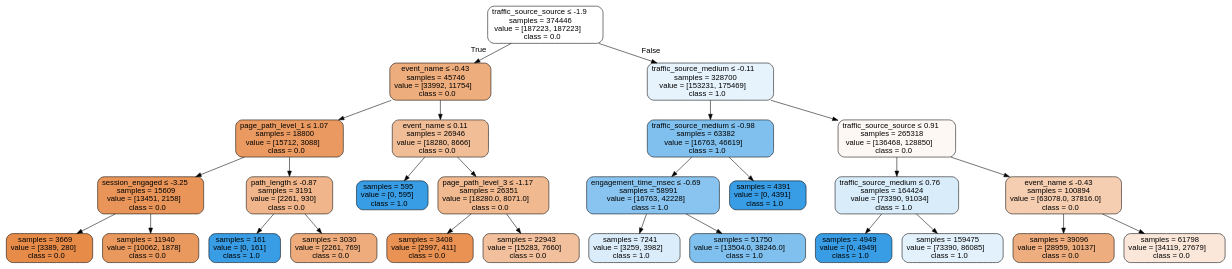
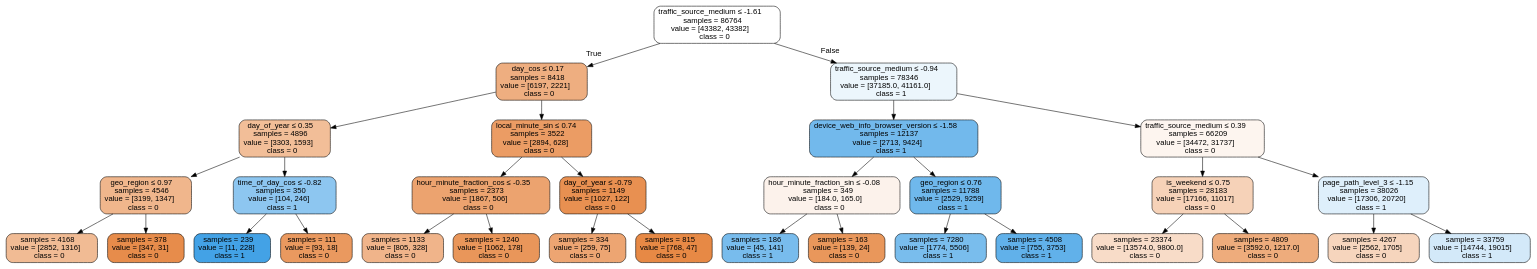
The diagram in notebooks/google_merch_store/images/df_merch_final_dt_recall_best_tree.dot (jvanalytics/ist_dash_2024_rec), drawn with Graphviz before and after one commit. The commit also changed 55 other files, not shown here.

```diff
--- a/notebooks/google_merch_store/images/df_merch_final_dt_recall_best_tree.dot
+++ b/notebooks/google_merch_store/images/df_merch_final_dt_recall_best_tree.dot
@@ -1,57 +1,65 @@
 digraph Tree {
 node [shape=box, style="filled, rounded", color="black", fontname="helvetica"] ;
 edge [fontname="helvetica"] ;
-0 [label=<traffic_source_source &le; -1.9<br/>samples = 374446<br/>value = [187223, 187223]<br/>class = 0.0>, fillcolor="#ffffff"] ;
-1 [label=<event_name &le; -0.43<br/>samples = 45746<br/>value = [33992, 11754]<br/>class = 0.0>, fillcolor="#eead7d"] ;
+0 [label=<traffic_source_medium &le; -1.61<br/>samples = 86764<br/>value = [43382, 43382]<br/>class = 0>, fillcolor="#ffffff"] ;
+1 [label=<day_cos &le; 0.17<br/>samples = 8418<br/>value = [6197, 2221]<br/>class = 0>, fillcolor="#eeae80"] ;
 0 -> 1 [labeldistance=2.5, labelangle=45, headlabel="True"] ;
-2 [label=<page_path_level_1 &le; 1.07<br/>samples = 18800<br/>value = [15712, 3088]<br/>class = 0.0>, fillcolor="#ea9a60"] ;
+2 [label=<day_of_year &le; 0.35<br/>samples = 4896<br/>value = [3303, 1593]<br/>class = 0>, fillcolor="#f2be98"] ;
 1 -> 2 ;
-3 [label=<session_engaged &le; -3.25<br/>samples = 15609<br/>value = [13451, 2158]<br/>class = 0.0>, fillcolor="#e99559"] ;
+3 [label=<geo_region &le; 0.97<br/>samples = 4546<br/>value = [3199, 1347]<br/>class = 0>, fillcolor="#f0b68c"] ;
 2 -> 3 ;
-4 [label=<samples = 3669<br/>value = [3389, 280]<br/>class = 0.0>, fillcolor="#e78b49"] ;
+4 [label=<samples = 4168<br/>value = [2852, 1316]<br/>class = 0>, fillcolor="#f1bb94"] ;
 3 -> 4 ;
-5 [label=<samples = 11940<br/>value = [10062, 1878]<br/>class = 0.0>, fillcolor="#ea995e"] ;
+5 [label=<samples = 378<br/>value = [347, 31]<br/>class = 0>, fillcolor="#e78c4b"] ;
 3 -> 5 ;
-6 [label=<path_length &le; -0.87<br/>samples = 3191<br/>value = [2261, 930]<br/>class = 0.0>, fillcolor="#f0b58a"] ;
+6 [label=<time_of_day_cos &le; -0.82<br/>samples = 350<br/>value = [104, 246]<br/>class = 1>, fillcolor="#8dc6f0"] ;
 2 -> 6 ;
-7 [label=<samples = 161<br/>value = [0, 161]<br/>class = 1.0>, fillcolor="#399de5"] ;
+7 [label=<samples = 239<br/>value = [11, 228]<br/>class = 1>, fillcolor="#43a2e6"] ;
 6 -> 7 ;
-8 [label=<samples = 3030<br/>value = [2261, 769]<br/>class = 0.0>, fillcolor="#eeac7c"] ;
+8 [label=<samples = 111<br/>value = [93, 18]<br/>class = 0>, fillcolor="#ea995f"] ;
 6 -> 8 ;
-9 [label=<event_name &le; 0.11<br/>samples = 26946<br/>value = [18280, 8666]<br/>class = 0.0>, fillcolor="#f1bd97"] ;
+9 [label=<local_minute_sin &le; 0.74<br/>samples = 3522<br/>value = [2894, 628]<br/>class = 0>, fillcolor="#eb9c64"] ;
 1 -> 9 ;
-10 [label=<samples = 595<br/>value = [0, 595]<br/>class = 1.0>, fillcolor="#399de5"] ;
+10 [label=<hour_minute_fraction_cos &le; -0.35<br/>samples = 2373<br/>value = [1867, 506]<br/>class = 0>, fillcolor="#eca36f"] ;
 9 -> 10 ;
-11 [label=<page_path_level_3 &le; -1.17<br/>samples = 26351<br/>value = [18280.0, 8071.0]<br/>class = 0.0>, fillcolor="#f0b990"] ;
-9 -> 11 ;
-12 [label=<samples = 3408<br/>value = [2997, 411]<br/>class = 0.0>, fillcolor="#e99254"] ;
-11 -> 12 ;
-13 [label=<samples = 22943<br/>value = [15283, 7660]<br/>class = 0.0>, fillcolor="#f2c09c"] ;
-11 -> 13 ;
-14 [label=<traffic_source_medium &le; -0.11<br/>samples = 328700<br/>value = [153231, 175469]<br/>class = 1.0>, fillcolor="#e6f3fc"] ;
-0 -> 14 [labeldistance=2.5, labelangle=-45, headlabel="False"] ;
-15 [label=<traffic_source_medium &le; -0.98<br/>samples = 63382<br/>value = [16763, 46619]<br/>class = 1.0>, fillcolor="#80c0ee"] ;
-14 -> 15 ;
-16 [label=<engagement_time_msec &le; -0.69<br/>samples = 58991<br/>value = [16763, 42228]<br/>class = 1.0>, fillcolor="#88c4ef"] ;
-15 -> 16 ;
-17 [label=<samples = 7241<br/>value = [3259, 3982]<br/>class = 1.0>, fillcolor="#dbedfa"] ;
+11 [label=<samples = 1133<br/>value = [805, 328]<br/>class = 0>, fillcolor="#f0b48a"] ;
+10 -> 11 ;
+12 [label=<samples = 1240<br/>value = [1062, 178]<br/>class = 0>, fillcolor="#e9965a"] ;
+10 -> 12 ;
+13 [label=<day_of_year &le; -0.79<br/>samples = 1149<br/>value = [1027, 122]<br/>class = 0>, fillcolor="#e89051"] ;
+9 -> 13 ;
+14 [label=<samples = 334<br/>value = [259, 75]<br/>class = 0>, fillcolor="#eda572"] ;
+13 -> 14 ;
+15 [label=<samples = 815<br/>value = [768, 47]<br/>class = 0>, fillcolor="#e78945"] ;
+13 -> 15 ;
+16 [label=<traffic_source_medium &le; -0.94<br/>samples = 78346<br/>value = [37185.0, 41161.0]<br/>class = 1>, fillcolor="#ecf6fc"] ;
+0 -> 16 [labeldistance=2.5, labelangle=-45, headlabel="False"] ;
+17 [label=<device_web_info_browser_version &le; -1.58<br/>samples = 12137<br/>value = [2713, 9424]<br/>class = 1>, fillcolor="#72b9ec"] ;
 16 -> 17 ;
-18 [label=<samples = 51750<br/>value = [13504.0, 38246.0]<br/>class = 1.0>, fillcolor="#7fc0ee"] ;
-16 -> 18 ;
-19 [label=<samples = 4391<br/>value = [0, 4391]<br/>class = 1.0>, fillcolor="#399de5"] ;
-15 -> 19 ;
-20 [label=<traffic_source_source &le; 0.91<br/>samples = 265318<br/>value = [136468, 128850]<br/>class = 0.0>, fillcolor="#fef8f4"] ;
-14 -> 20 ;
-21 [label=<traffic_source_medium &le; 0.76<br/>samples = 164424<br/>value = [73390, 91034]<br/>class = 1.0>, fillcolor="#d9ecfa"] ;
-20 -> 21 ;
-22 [label=<samples = 4949<br/>value = [0, 4949]<br/>class = 1.0>, fillcolor="#399de5"] ;
+18 [label=<hour_minute_fraction_sin &le; -0.08<br/>samples = 349<br/>value = [184.0, 165.0]<br/>class = 0>, fillcolor="#fcf2eb"] ;
+17 -> 18 ;
+19 [label=<samples = 186<br/>value = [45, 141]<br/>class = 1>, fillcolor="#78bced"] ;
+18 -> 19 ;
+20 [label=<samples = 163<br/>value = [139, 24]<br/>class = 0>, fillcolor="#e9975b"] ;
+18 -> 20 ;
+21 [label=<geo_region &le; 0.76<br/>samples = 11788<br/>value = [2529, 9259]<br/>class = 1>, fillcolor="#6fb8ec"] ;
+17 -> 21 ;
+22 [label=<samples = 7280<br/>value = [1774, 5506]<br/>class = 1>, fillcolor="#79bded"] ;
 21 -> 22 ;
-23 [label=<samples = 159475<br/>value = [73390, 86085]<br/>class = 1.0>, fillcolor="#e2f1fb"] ;
+23 [label=<samples = 4508<br/>value = [755, 3753]<br/>class = 1>, fillcolor="#61b1ea"] ;
 21 -> 23 ;
-24 [label=<event_name &le; -0.43<br/>samples = 100894<br/>value = [63078.0, 37816.0]<br/>class = 0.0>, fillcolor="#f5cdb0"] ;
-20 -> 24 ;
-25 [label=<samples = 39096<br/>value = [28959, 10137]<br/>class = 0.0>, fillcolor="#eead7e"] ;
+24 [label=<traffic_source_medium &le; 0.39<br/>samples = 66209<br/>value = [34472, 31737]<br/>class = 0>, fillcolor="#fdf5ef"] ;
+16 -> 24 ;
+25 [label=<is_weekend &le; 0.75<br/>samples = 28183<br/>value = [17166, 11017]<br/>class = 0>, fillcolor="#f6d2b8"] ;
 24 -> 25 ;
-26 [label=<samples = 61798<br/>value = [34119, 27679]<br/>class = 0.0>, fillcolor="#fae7da"] ;
-24 -> 26 ;
+26 [label=<samples = 23374<br/>value = [13574.0, 9800.0]<br/>class = 0>, fillcolor="#f8dcc8"] ;
+25 -> 26 ;
+27 [label=<samples = 4809<br/>value = [3592.0, 1217.0]<br/>class = 0>, fillcolor="#eeac7c"] ;
+25 -> 27 ;
+28 [label=<page_path_level_3 &le; -1.15<br/>samples = 38026<br/>value = [17306, 20720]<br/>class = 1>, fillcolor="#deeffb"] ;
+24 -> 28 ;
+29 [label=<samples = 4267<br/>value = [2562, 1705]<br/>class = 0>, fillcolor="#f6d5bd"] ;
+28 -> 29 ;
+30 [label=<samples = 33759<br/>value = [14744, 19015]<br/>class = 1>, fillcolor="#d3e9f9"] ;
+28 -> 30 ;
 }
```
